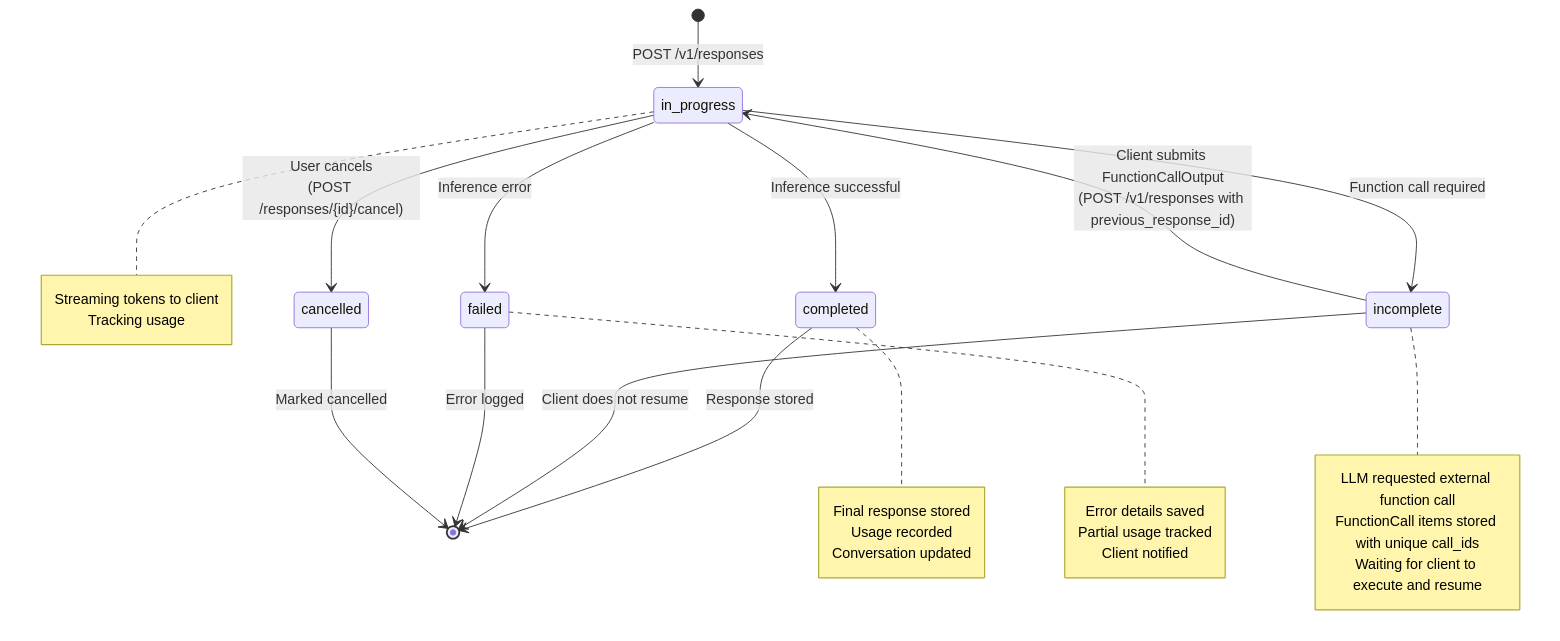
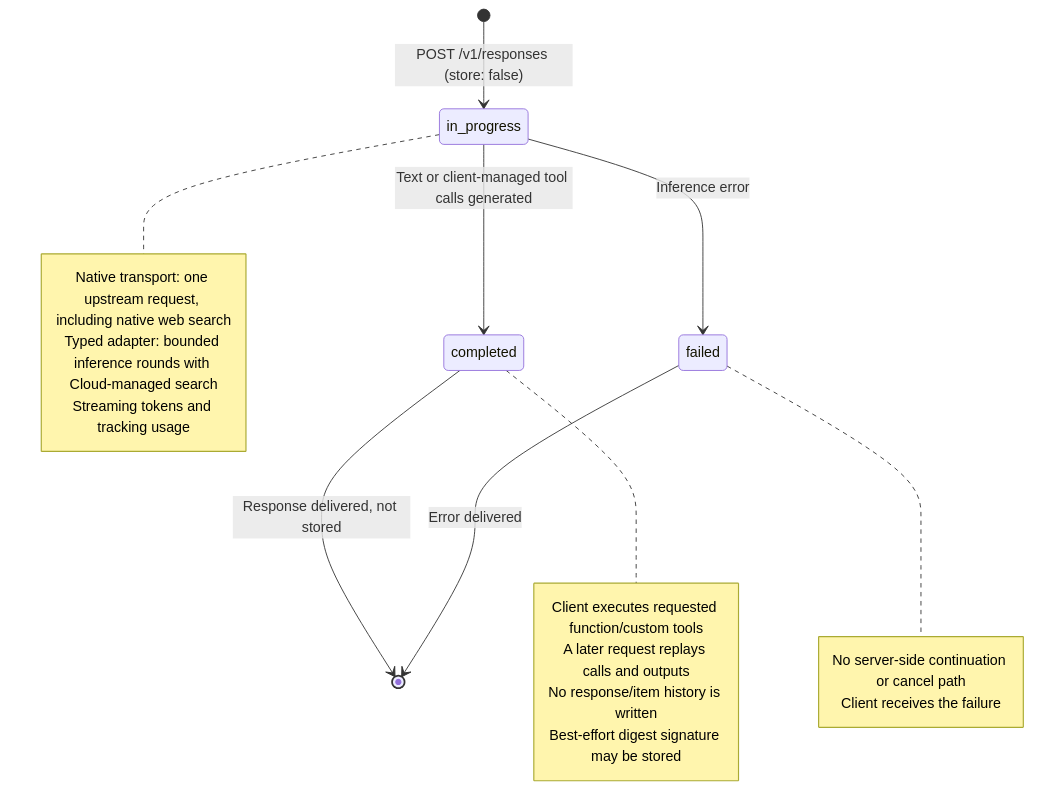
One commit to nearai/cloud-api changed diagram 12 of 16 in docs/architecture/c4-diagrams.md. Above: the diagram before and after it, drawn with Mermaid. The commit also changed other lines of this file and 69 other files, not shown here.

First line of the commit message:
feat(responses): make inference stateless and support Codex client tools (#943)

````diff
--- a/docs/architecture/c4-diagrams.md
+++ b/docs/architecture/c4-diagrams.md
@@ -784,39 +781,28 @@
 ```mermaid
 stateDiagram-v2
-    [*] --> in_progress: POST /v1/responses
+    [*] --> in_progress: POST /v1/responses (store: false)
 
-    in_progress --> completed: Inference successful
-    in_progress --> incomplete: Function call required
+    in_progress --> completed: Text or client-managed tool calls generated
     in_progress --> failed: Inference error
-    in_progress --> cancelled: User cancels<br/>(POST /responses/{id}/cancel)
 
-    incomplete --> in_progress: Client submits FunctionCallOutput<br/>(POST /v1/responses with previous_response_id)
-
-    completed --> [*]: Response stored
-    incomplete --> [*]: Client does not resume
-    failed --> [*]: Error logged
-    cancelled --> [*]: Marked cancelled
+    completed --> [*]: Response delivered, not stored
+    failed --> [*]: Error delivered
 
     note right of in_progress
-        Streaming tokens to client
-        Tracking usage
-    end note
-
-    note right of incomplete
-        LLM requested external function call
-        FunctionCall items stored with unique call_ids
-        Waiting for client to execute and resume
+        Native transport: one upstream request, including native web search
+        Typed adapter: bounded inference rounds with Cloud-managed search
+        Streaming tokens and tracking usage
     end note
 
     note right of completed
-        Final response stored
-        Usage recorded
-        Conversation updated
+        Client executes requested function/custom tools
+        A later request replays calls and outputs
+        No response/item history is written
+        Best-effort digest signature may be stored
     end note
 
     note right of failed
-        Error details saved
-        Partial usage tracked
-        Client notified
+        No server-side continuation or cancel path
+        Client receives the failure
     end note
 ```
````
